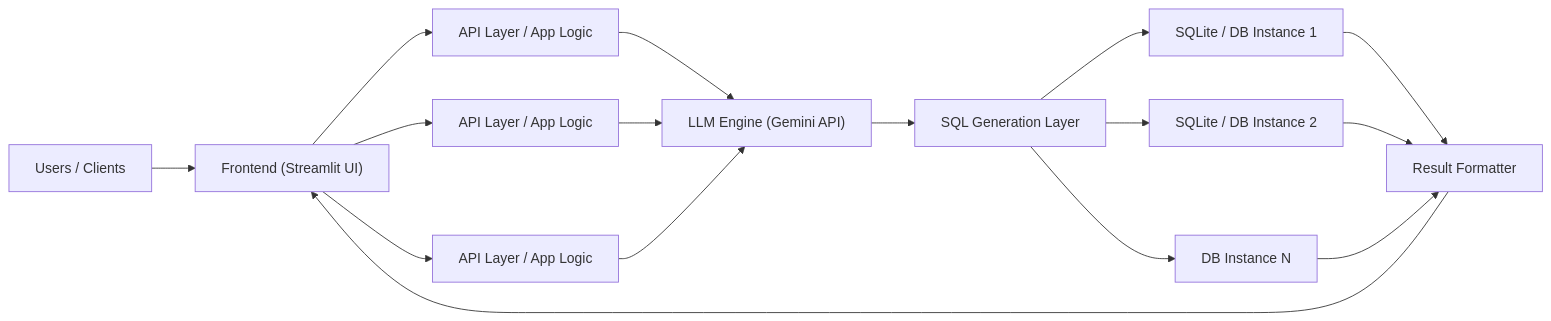
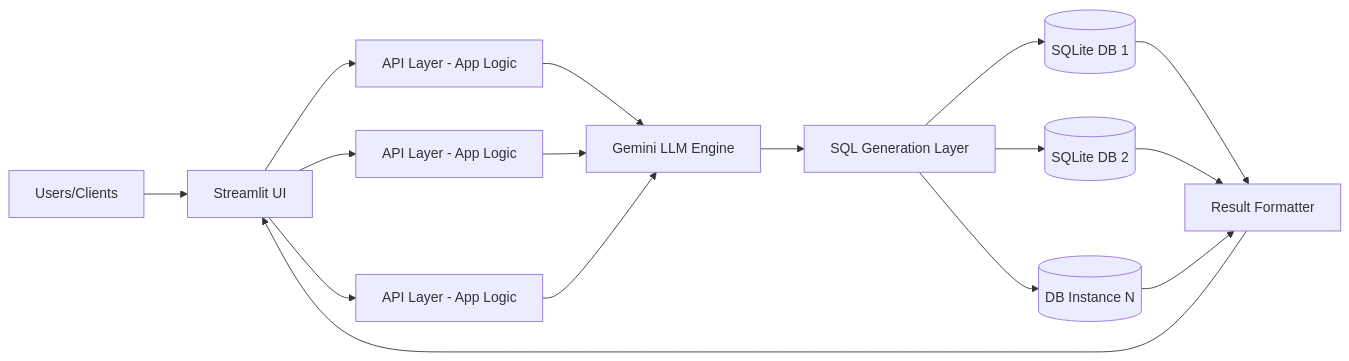
One commit to prth1234/Query-Pilot changed the first of 4 diagrams in README.md. Above: the diagram before and after it, drawn with Mermaid. The commit also changed other lines of this file, not shown here.

Commit message:
Added diagram in Readme file

````diff
--- a/README.md
+++ b/README.md
@@ -7,24 +7,24 @@
 ```mermaid
 flowchart LR
-	A["Users / Clients"] --> B["Frontend (Streamlit UI)"]
+  A[Users/Clients] --> B[Streamlit UI]
 
-	B --> C1["API Layer / App Logic"]
-	B --> C2["API Layer / App Logic"]
-	B --> C3["API Layer / App Logic"]
+  B --> C1[API Layer - App Logic]
+  B --> C2[API Layer - App Logic]
+  B --> C3[API Layer - App Logic]
 
-	C1 --> LLM["LLM Engine (Gemini API)"]
-	C2 --> LLM
-	C3 --> LLM
+  C1 --> LLM[Gemini LLM Engine]
+  C2 --> LLM
+  C3 --> LLM
 
-	LLM --> SQLGen["SQL Generation Layer"]
+  LLM --> SQLGen[SQL Generation Layer]
 
-	SQLGen --> DB1["SQLite / DB Instance 1"]
-	SQLGen --> DB2["SQLite / DB Instance 2"]
-	SQLGen --> DBN["DB Instance N"]
+  SQLGen --> DB1[(SQLite DB 1)]
+  SQLGen --> DB2[(SQLite DB 2)]
+  SQLGen --> DBN[(DB Instance N)]
 
-	DB1 --> RES["Result Formatter"]
-	DB2 --> RES
-	DBN --> RES
+  DB1 --> RES[Result Formatter]
+  DB2 --> RES
+  DBN --> RES
 
-	RES --> B
+  RES --> B
 ```
````
